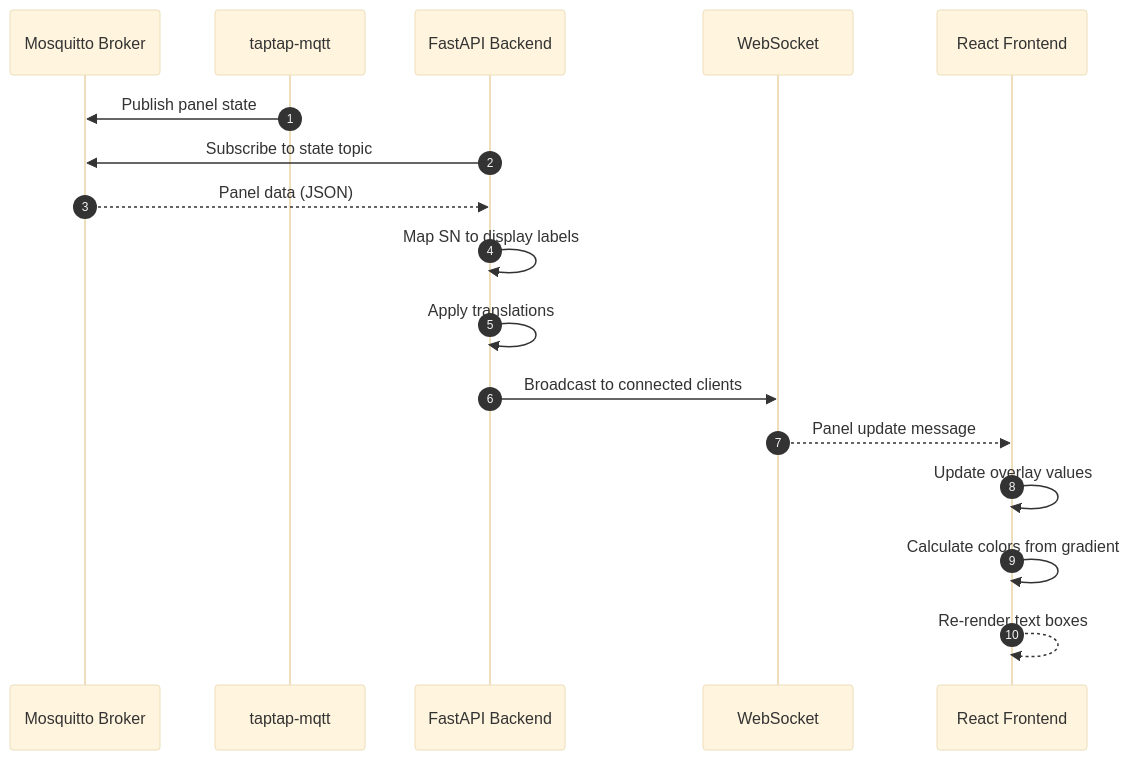
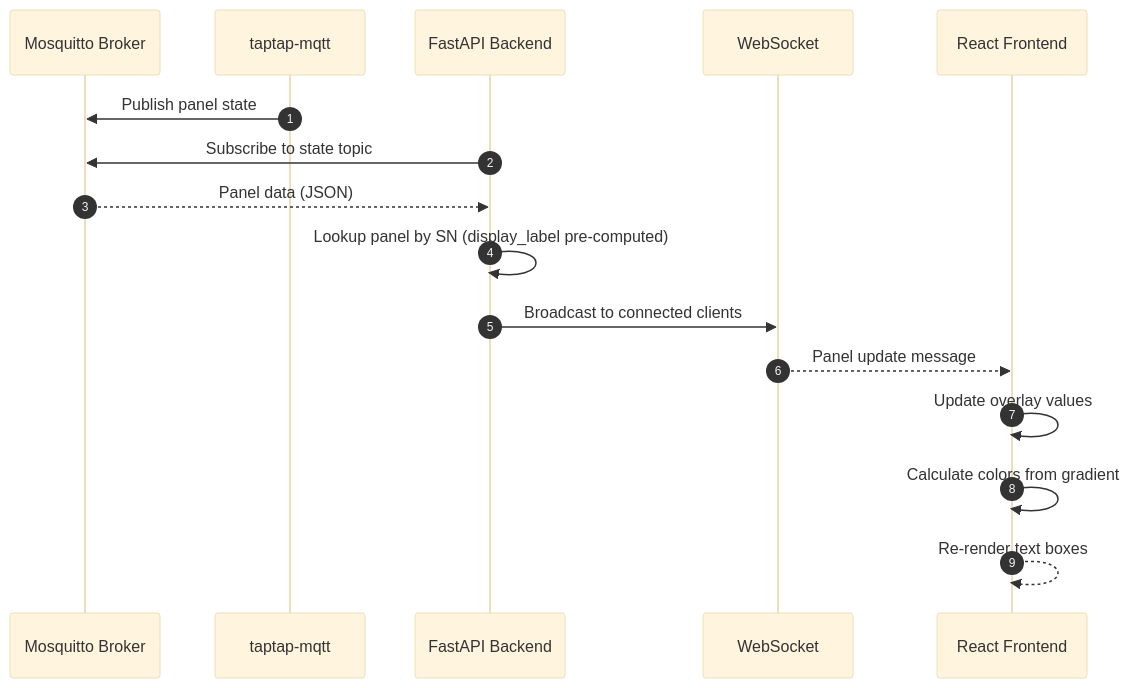
The diagram in docs/specs/2026-01-17-solar-panel-viewer.md (iscofield/realtime-tigo-monitor), drawn with Mermaid (base theme) before and after one commit. The commit also changed other lines of this file, not shown here.

First line of the commit message:
docs: address review comments - fix diagrams, add image error handling, improve tests

````diff
--- a/docs/specs/2026-01-17-solar-panel-viewer.md
+++ b/docs/specs/2026-01-17-solar-panel-viewer.md
@@ -320,20 +335,19 @@
 ```mermaid
 sequenceDiagram
     autonumber
     participant MQTT as Mosquitto Broker
     participant TAP as taptap-mqtt
     participant BE as FastAPI Backend
     participant WS as WebSocket
     participant FE as React Frontend
 
     TAP->>MQTT: Publish panel state
     BE->>MQTT: Subscribe to state topic
     MQTT-->>BE: Panel data (JSON)
-    BE->>BE: Map SN to display labels
-    BE->>BE: Apply translations
+    BE->>BE: Lookup panel by SN (display_label pre-computed)
     BE->>WS: Broadcast to connected clients
     WS-->>FE: Panel update message
     FE->>FE: Update overlay values
     FE->>FE: Calculate colors from gradient
     FE-->>FE: Re-render text boxes
 ```
````
